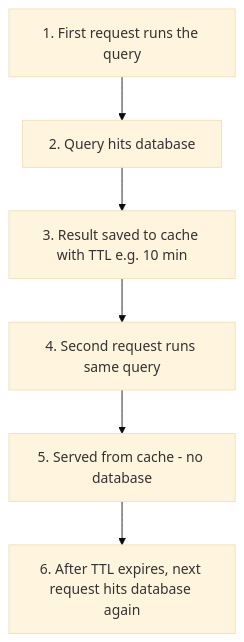
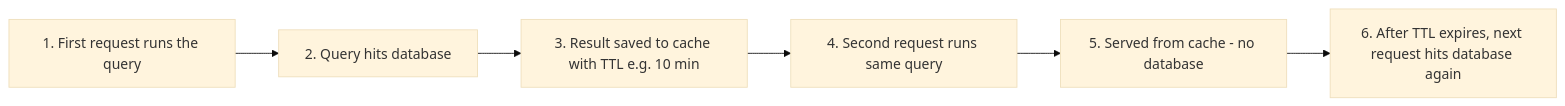
Before and after one commit to CodeWithDennis/laravel-model-cache: the second of 2 diagrams in README.md, drawn with Mermaid (base theme). The commit also changed other lines of this file, not shown here.

Commit message:
README: use horizontal layout for Mermaid diagrams

````diff
--- a/README.md
+++ b/README.md
@@ -50,8 +50,8 @@
 ```mermaid
-flowchart TD
+flowchart LR
   A[1. First request runs the query] --> B[2. Query hits database]
   B --> C[3. Result saved to cache with TTL e.g. 10 min]
   C --> D[4. Second request runs same query]
   D --> E[5. Served from cache - no database]
   E --> F[6. After TTL expires, next request hits database again]
 ```
````
